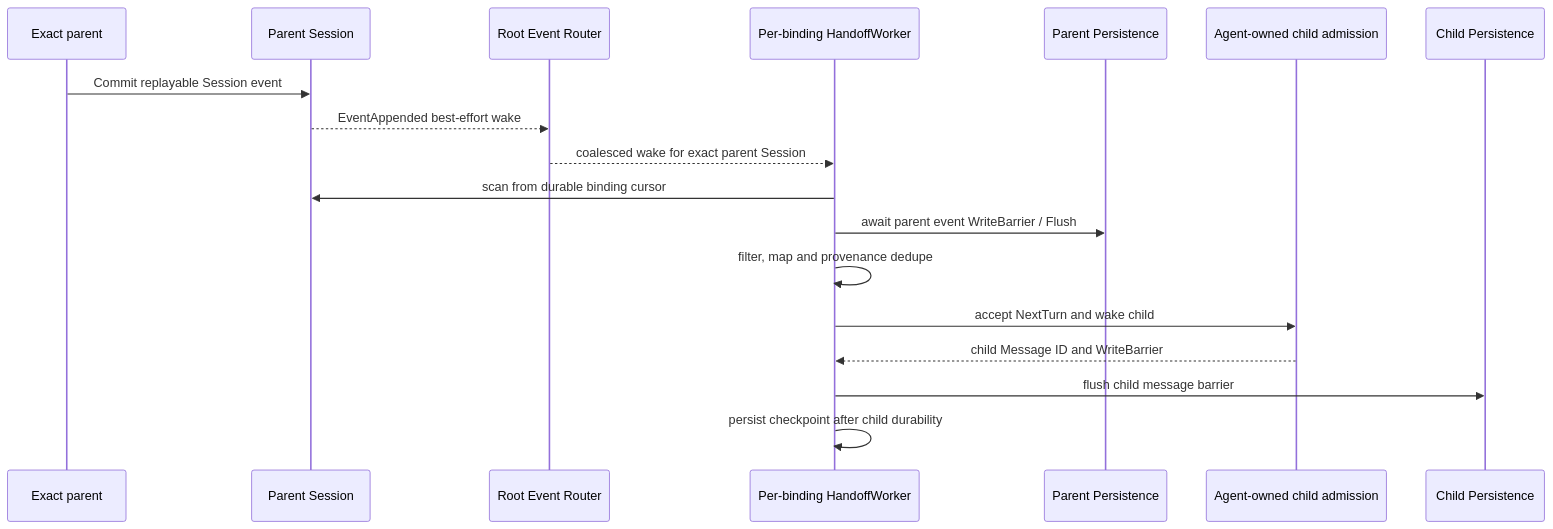
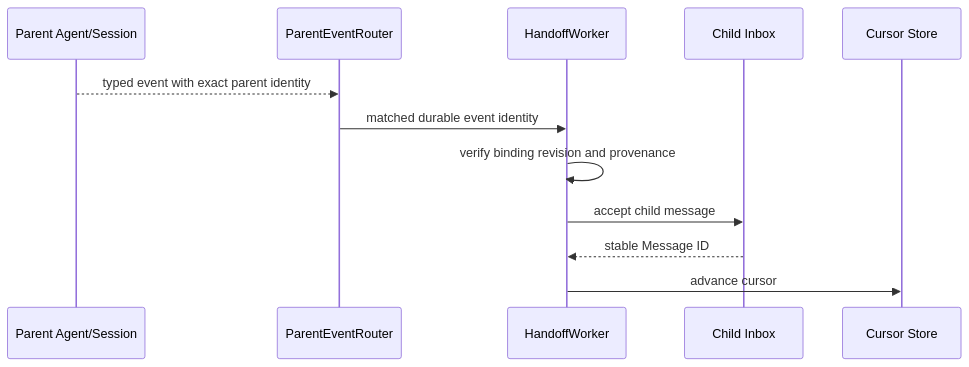
The third of 3 diagrams in subagent/docs/parent-bound-design.zh-CN.md (gorenx/goren), drawn with Mermaid before and after one commit. The commit also changed other lines of this file and 36 other files, not shown here.

````diff
--- a/subagent/docs/parent-bound-design.zh-CN.md
+++ b/subagent/docs/parent-bound-design.zh-CN.md
@@ -356,21 +202,15 @@
 ```mermaid
 sequenceDiagram
-    participant P as Exact parent
-    participant S as Parent Session
-    participant R as Root Event Router
-    participant W as Per-binding HandoffWorker
-    participant PS as Parent Persistence
-    participant A as Agent-owned child admission
-    participant CS as Child Persistence
+    participant P as Parent Agent/Session
+    participant R as ParentEventRouter
+    participant W as HandoffWorker
+    participant I as Child Inbox
+    participant C as Cursor Store
 
-    P->>S: Commit replayable Session event
-    S-->>R: EventAppended best-effort wake
-    R-->>W: coalesced wake for exact parent Session
-    W->>S: scan from durable binding cursor
-    W->>PS: await parent event WriteBarrier / Flush
-    W->>W: filter, map and provenance dedupe
-    W->>A: accept NextTurn and wake child
-    A-->>W: child Message ID and WriteBarrier
-    W->>CS: flush child message barrier
-    W->>W: persist checkpoint after child durability
+    P-->>R: typed event with exact parent identity
+    R->>W: matched durable event identity
+    W->>W: verify binding revision and provenance
+    W->>I: accept child message
+    I-->>W: stable Message ID
+    W->>C: advance cursor
 ```
````
